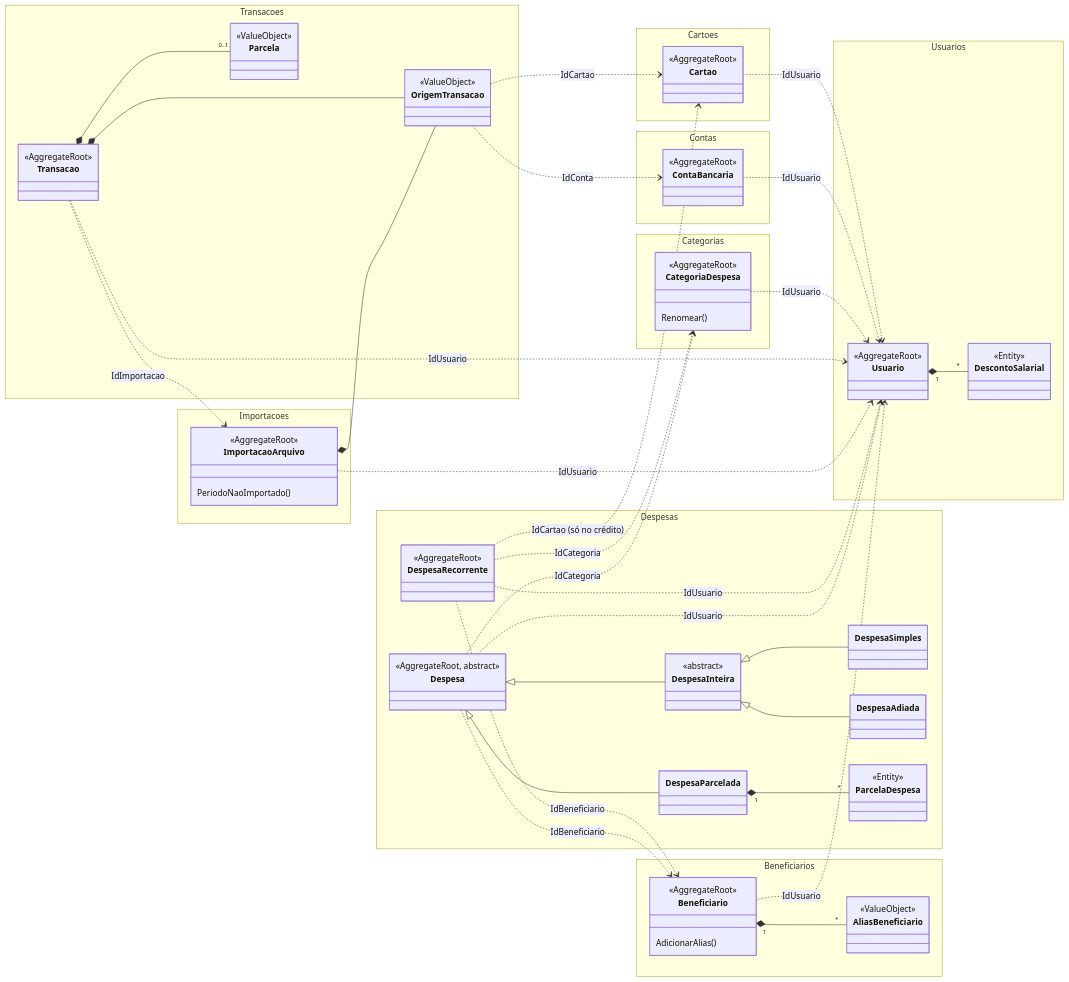
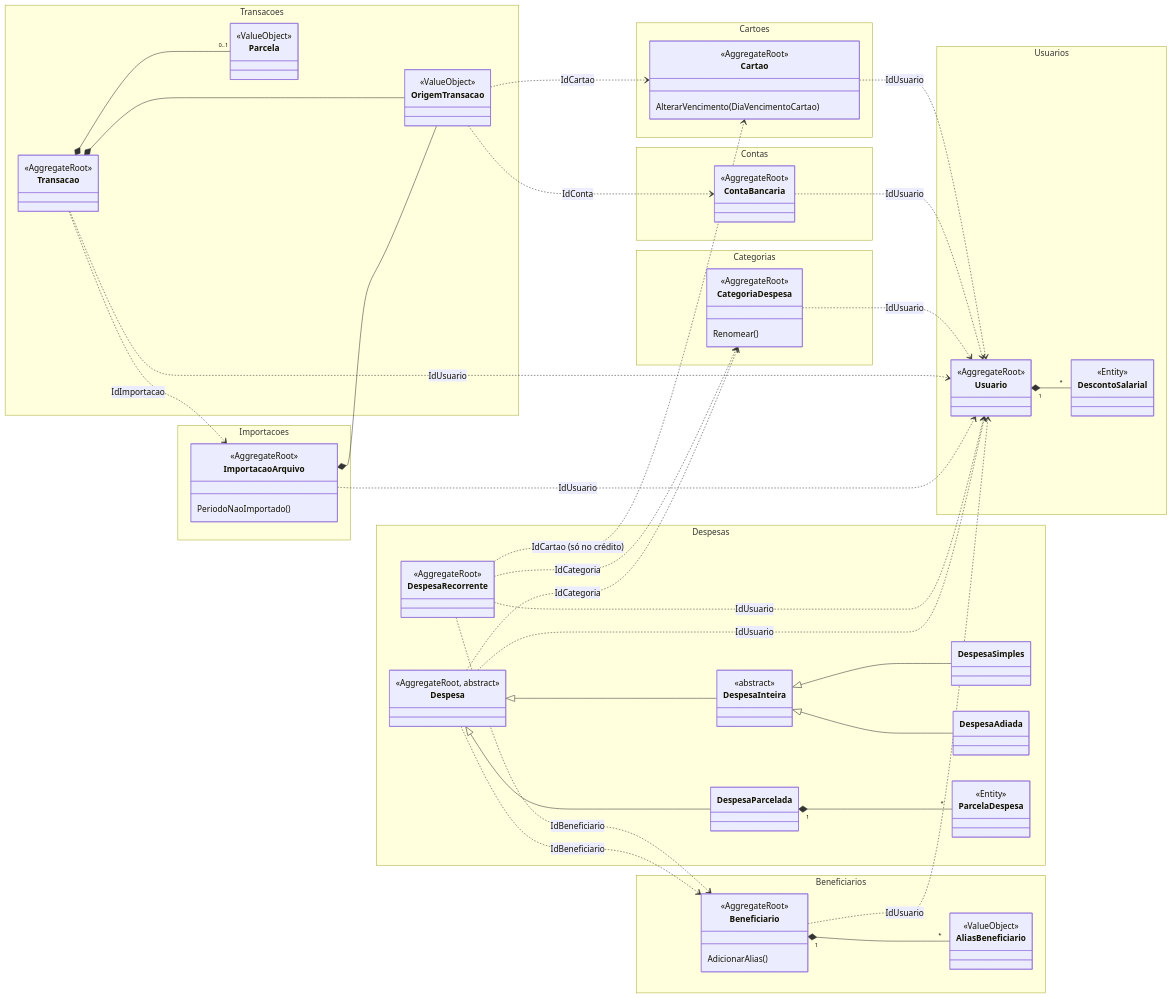
One commit to humbertosampaio/controle-financeiro changed the first of 2 diagrams in docs/modelo-de-dominio.md. Above: the diagram before and after it, drawn with Mermaid. The commit also changed other lines of this file and 2 other files, not shown here.

First line of the commit message:
feat(cartoes): Permite alterar o dia de vencimento do cartão

```diff
--- a/docs/modelo-de-dominio.md
+++ b/docs/modelo-de-dominio.md
@@ -30,6 +30,7 @@
     namespace Cartoes {
         class Cartao {
             <<AggregateRoot>>
+            AlterarVencimento(DiaVencimentoCartao)
         }
     }
 
```
